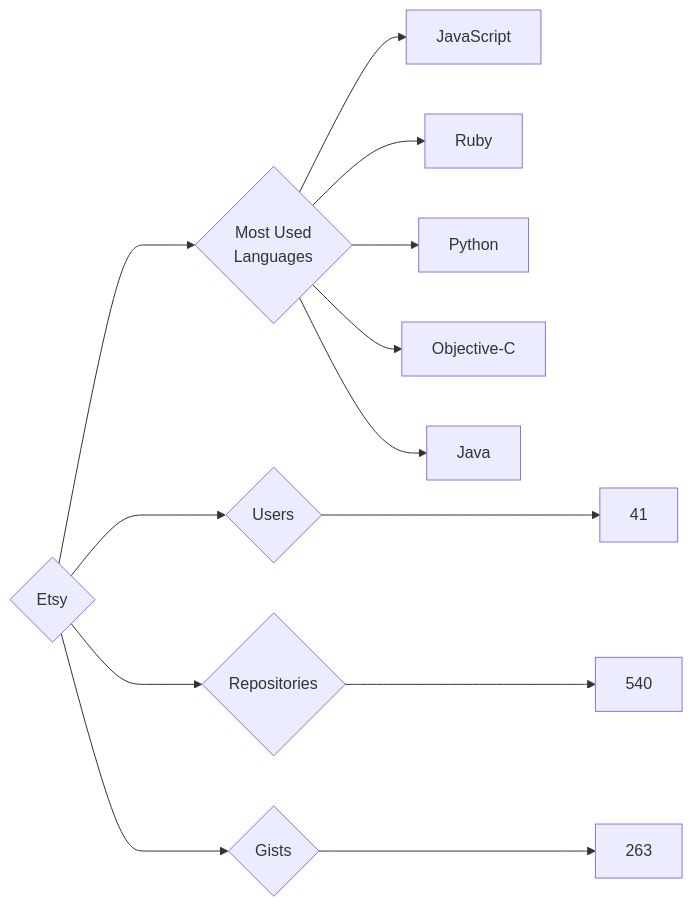
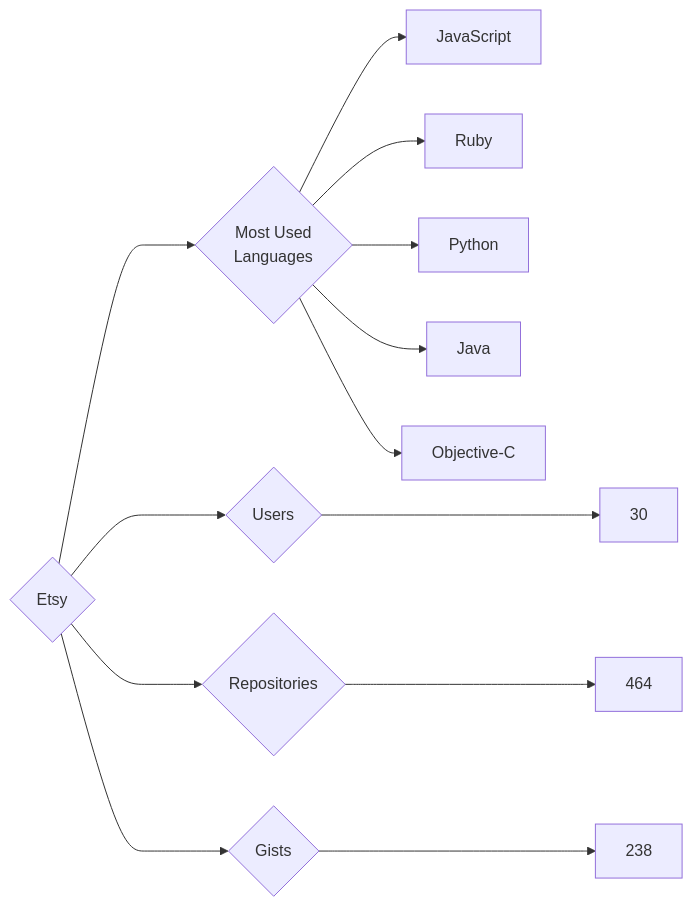
One commit to trickest/insiders changed the diagram in targets/Etsy/README.md. Above: the diagram before and after it, drawn with Mermaid. The commit also changed 845 other files, not shown here.

````diff
--- a/targets/Etsy/README.md
+++ b/targets/Etsy/README.md
@@ -3,13 +3,13 @@
 ```mermaid
 graph LR
 COMPANY_NAME{Etsy}
-COMPANY_NAME ---> U{Users} ---> UN[41]
-COMPANY_NAME ---> R{Repositories} ---> RN[540]
-COMPANY_NAME ---> G{Gists} ---> GN[263]
+COMPANY_NAME ---> U{Users} ---> UN[30]
+COMPANY_NAME ---> R{Repositories} ---> RN[464]
+COMPANY_NAME ---> G{Gists} ---> GN[238]
 COMPANY_NAME ---> ML{Most Used<br>Languages}
 ML --> JavaScript[JavaScript]
 ML --> Ruby[Ruby]
 ML --> Python[Python]
+ML --> Java[Java]
 ML --> Objective-C[Objective-C]
-ML --> Java[Java]
 ```
````
